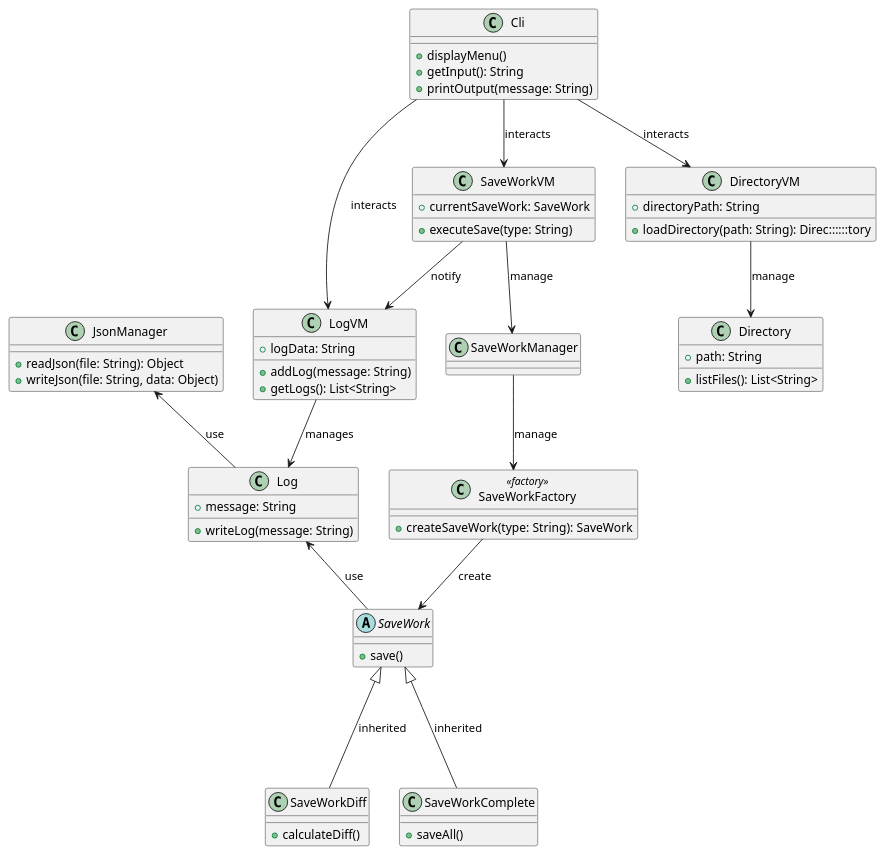
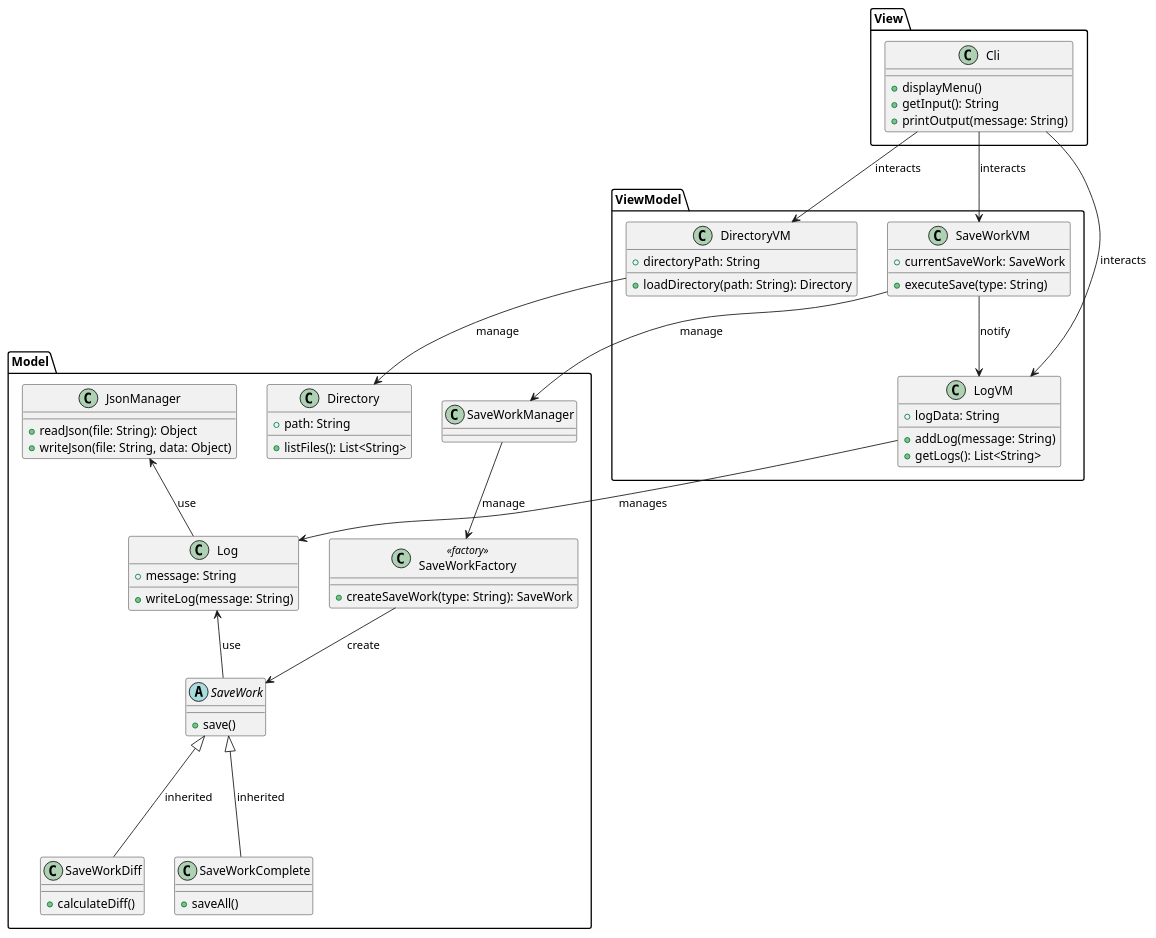
The diagram in livrable_1.puml (NoahAldahan/FISA_A3_GL_Aldahan), drawn with PlantUML before and after one commit. The commit also changed 4 other files, not shown here.

```diff
--- a/livrable_1.puml
+++ b/livrable_1.puml
@@ -1,78 +1,80 @@
 @startuml
-/' Model '/
-class SaveWorkFactory <<factory>> {
-    +createSaveWork(type: String): SaveWork
+/' Packages '/
+package "Model" {
+    class SaveWorkFactory <<factory>> {
+        +createSaveWork(type: String): SaveWork
+    }
+
+    abstract class SaveWork {
+        +save()
+    }
+
+    class SaveWorkDiff {
+        +calculateDiff()
+    }
+
+    class SaveWorkComplete {
+        +saveAll()
+    }
+
+    class Directory {
+        +path: String
+        +listFiles(): List<String>
+    }
+
+    class SaveWorkManager {}
+
+    class Log {
+        +message: String
+        +writeLog(message: String)
+    }
+
+    class JsonManager {
+        +readJson(file: String): Object
+        +writeJson(file: String, data: Object)
+    }
+
+    SaveWorkFactory --> SaveWork : "create"
+    SaveWork <|--- SaveWorkDiff : "inherited"
+    SaveWork <|--- SaveWorkComplete : "inherited"
+
+    Log <-- SaveWork : "use"
+    JsonManager <-- Log : "use"
 }
 
-abstract class SaveWork {
-    +save()
+package "ViewModel" {
+    class LogVM {
+        +logData: String
+        +addLog(message: String)
+        +getLogs(): List<String>
+    }
+
+    class SaveWorkVM {
+        +currentSaveWork: SaveWork
+        +executeSave(type: String)
+    }
+
+    class DirectoryVM {
+        +directoryPath: String
+        +loadDirectory(path: String): Directory
+    }
+
+    SaveWorkVM --> SaveWorkManager : "manage"
+    SaveWorkManager --> SaveWorkFactory : "manage"
+    SaveWorkVM --> LogVM : "notify"
+    DirectoryVM --> Directory : "manage"
+    LogVM --> Log : "manages"
 }
 
-class SaveWorkDiff {
-    +calculateDiff()
+package "View" {
+    class Cli {
+        +displayMenu()
+        +getInput(): String
+        +printOutput(message: String)
+    }
+
+    Cli --> SaveWorkVM : "interacts"
+    Cli --> LogVM : "interacts"
+    Cli --> DirectoryVM : "interacts"
 }
-
-class SaveWorkComplete {
-    +saveAll()
-}
-
-class Directory {
-    +path: String
-    +listFiles(): List<String>
-}
-
-class SaveWorkManager{}
-
-class Log {
-    +message: String
-    +writeLog(message: String)
-}
-
-class JsonManager {
-    +readJson(file: String): Object
-    +writeJson(file: String, data: Object)
-}
-
-/' ViewModel '/
-class LogVM {
-    +logData: String
-    +addLog(message: String)
-    +getLogs(): List<String>
-}
-
-class SaveWorkVM {
-    +currentSaveWork: SaveWork
-    +executeSave(type: String)
-}
-
-class DirectoryVM {
-    +directoryPath: String
-    +loadDirectory(path: String): Direc::::::tory
-}
-
-/' View '/
-class Cli {
-    +displayMenu()
-    +getInput(): String
-    +printOutput(message: String)
-}
-
-/' Relations '/
-SaveWorkFactory --> SaveWork : "create"
-SaveWork <|--- SaveWorkDiff : "inherited"
-SaveWork <|--- SaveWorkComplete : "inherited"
-
-Log <-- SaveWork : "use"
-JsonManager <-- Log : "use"
-
-SaveWorkVM --> SaveWorkManager : "manage"
-SaveWorkManager --> SaveWorkFactory : "manage"
-SaveWorkVM --> LogVM : "notify"
-DirectoryVM --> Directory : "manage"
-
-LogVM --> Log : "manages"
-
-Cli --> SaveWorkVM : "interacts"
-Cli --> LogVM : "interacts"
-Cli --> DirectoryVM : "interacts"
 @enduml
```
